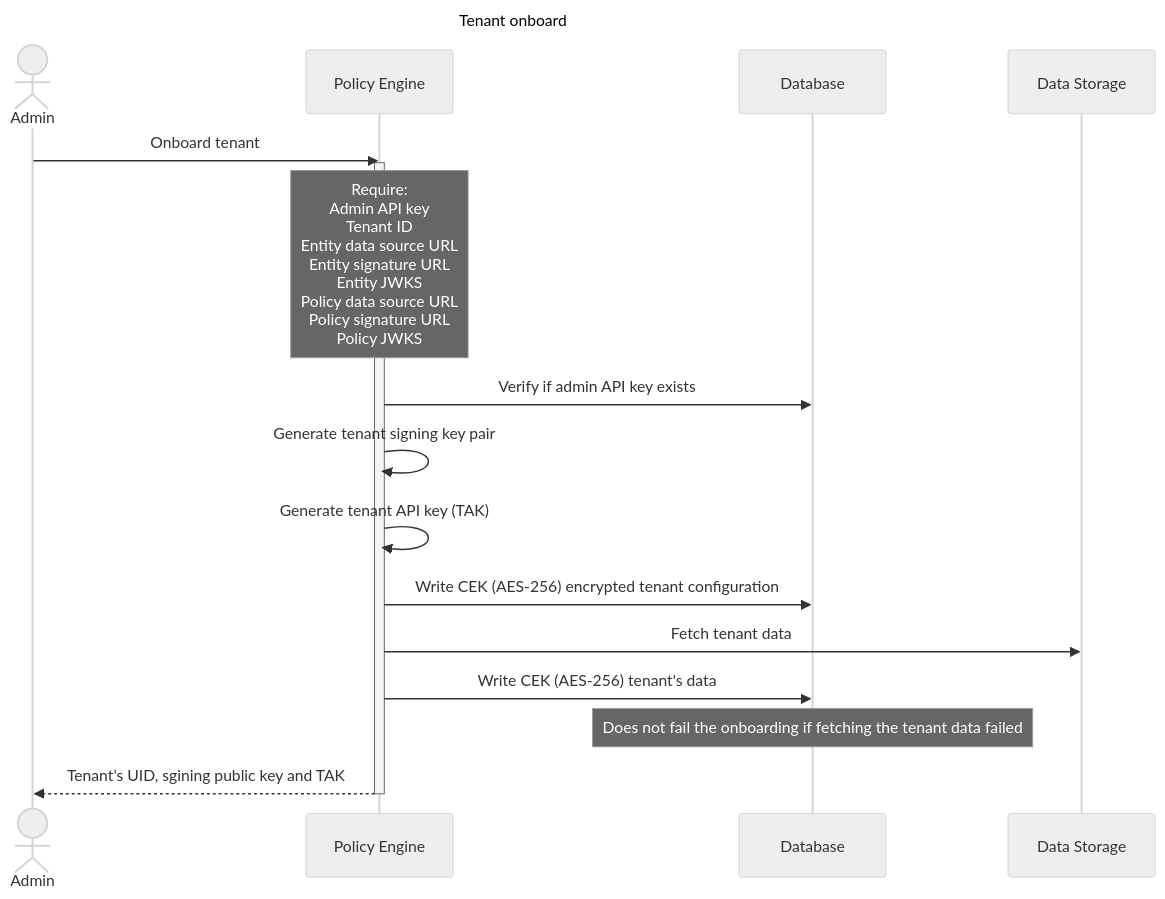
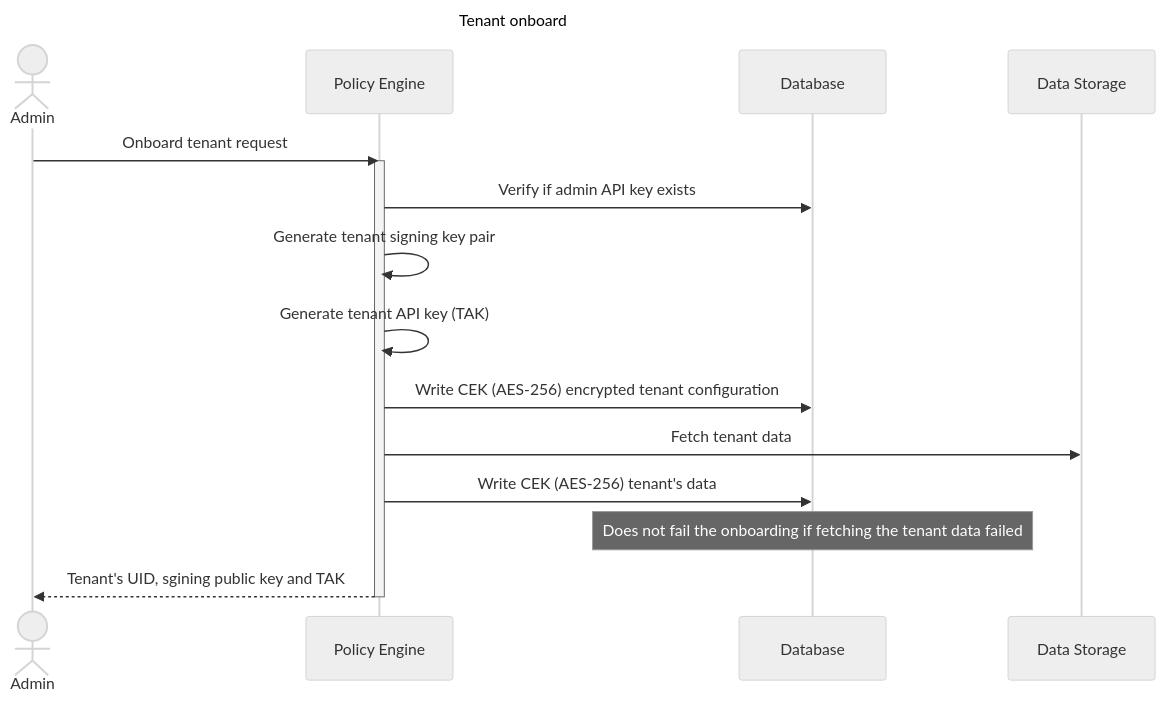
Before and after one commit to narval-xyz/armory: the fourth of 4 diagrams in doc/policy-engine-setup.md, drawn with Mermaid (neutral theme). The commit also changed other lines of this file, not shown here.

Commit message:
Move tenant onboard request to the section note

````diff
--- a/doc/policy-engine-setup.md
+++ b/doc/policy-engine-setup.md
@@ -109,22 +109,21 @@
 ```mermaid
 sequenceDiagram
   title Tenant onboard
 
   actor Admin
   participant Engine as Policy Engine
   participant DB as Database
   participant DS as Data Storage
 
-  Admin ->> Engine: Onboard tenant
+  Admin ->> Engine: Onboard tenant request 
   activate Engine
-  Note over Engine: Require: <br>Admin API key <br> Tenant ID <br> Entity data source URL <br> Entity signature URL <br> Entity JWKS <br> Policy data source URL <br> Policy signature URL <br> Policy JWKS
   Engine ->> DB: Verify if admin API key exists
   Engine ->> Engine: Generate tenant signing key pair
   Engine ->> Engine: Generate tenant API key (TAK)
   Engine ->> DB: Write CEK (AES-256) encrypted tenant configuration 
   Engine ->> DS: Fetch tenant data
   Engine ->> DB: Write CEK (AES-256) tenant's data
   Note over DB: Does not fail the onboarding if fetching the tenant data failed
   Engine -->> Admin: Tenant's UID, sgining public key and TAK
   deactivate Engine
 ```
````
